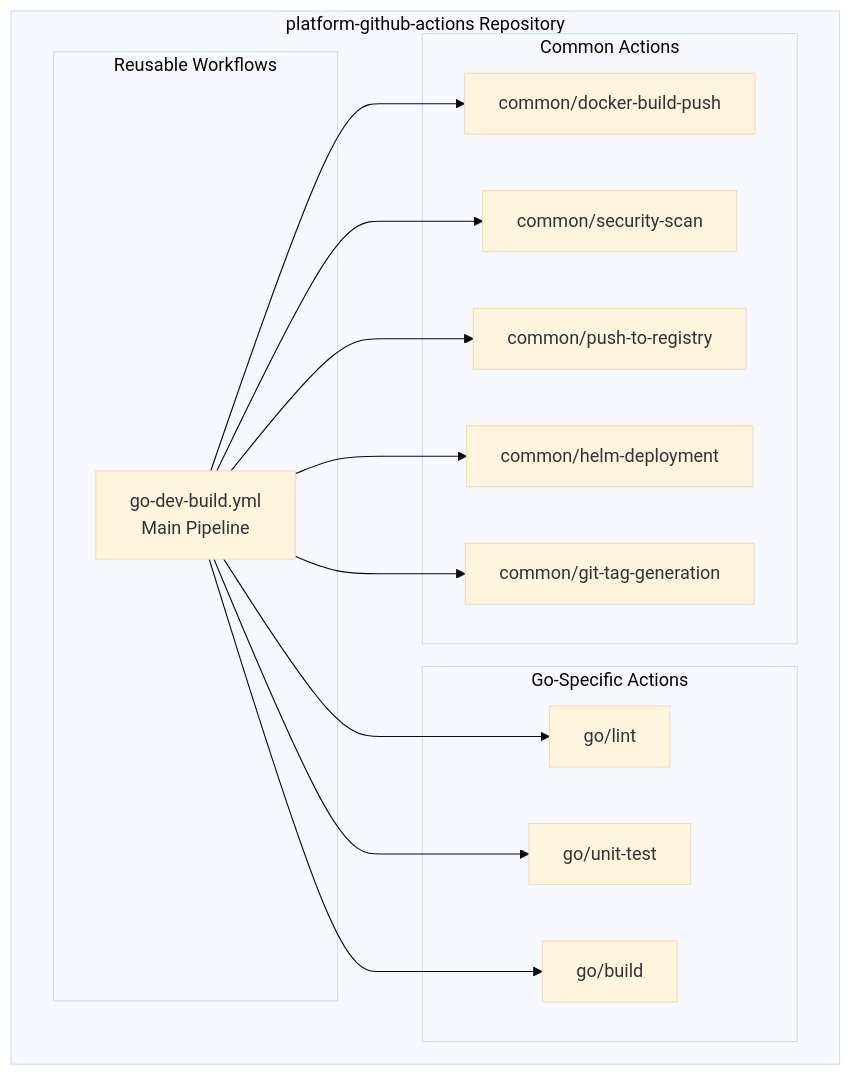
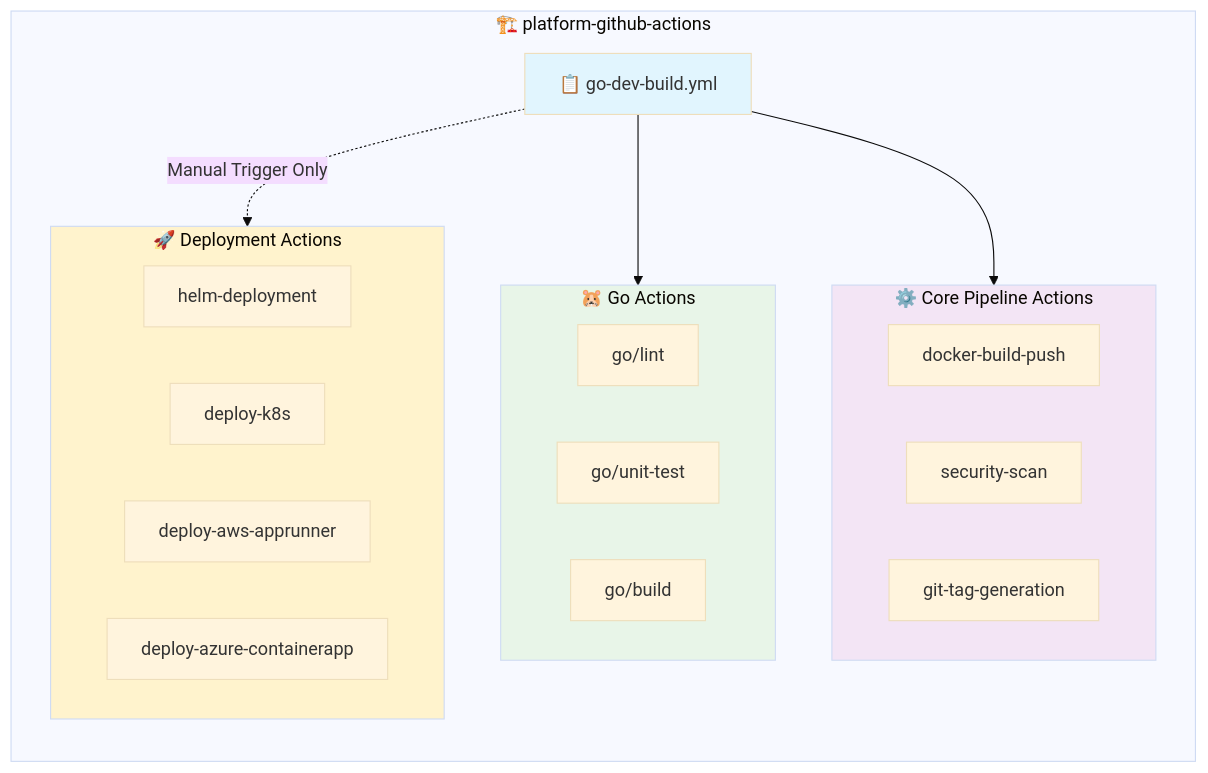
The third of 7 diagrams in FLOW.md (altimetrik-digital-enablement-demo-hub/platform-github-actions), drawn with Mermaid (base theme) before and after one commit.

Commit message:
fix: changing dir names

````diff
--- a/FLOW.md
+++ b/FLOW.md
@@ -79,31 +79,34 @@
 ```mermaid
-graph TB
-    subgraph "platform-github-actions Repository"
-        subgraph "Reusable Workflows"
-            MAIN_WF["go-dev-build.yml<br/>Main Pipeline"]
-        end
+flowchart LR
+    subgraph REPO["🏗️ platform-github-actions"]
+        WORKFLOW["📋 go-dev-build.yml"]
         
-        subgraph "Go-Specific Actions"
+        subgraph GO["🐹 Go Actions"]
             LINT["go/lint"]
-            TEST["go/unit-test"]
+            TEST["go/unit-test"] 
             BUILD["go/build"]
         end
         
-        subgraph "Common Actions"
-            PACKAGE["common/docker-build-push"]
-            SECURITY["common/security-scan"]
-            PUSH_REGISTRY["common/push-to-registry"]
-            HELM_DEPLOY["common/helm-deployment"]
-            SETUP_TAG["common/git-tag-generation"]
+        subgraph CORE["⚙️ Core Pipeline Actions"]
+            PACKAGE["docker-build-push"]
+            SECURITY["security-scan"]
+            TAG["git-tag-generation"]
+        end
+        
+        subgraph DEPLOY["🚀 Deployment Actions"]
+            HELM["helm-deployment"]
+            K8S["deploy-k8s"]
+            AWS["deploy-aws-apprunner"]
+            AZURE["deploy-azure-containerapp"]
         end
     end
     
-    MAIN_WF --> LINT
-    MAIN_WF --> TEST
-    MAIN_WF --> BUILD
-    MAIN_WF --> PACKAGE
-    MAIN_WF --> SECURITY
-    MAIN_WF --> PUSH_REGISTRY
-    MAIN_WF --> HELM_DEPLOY
-    MAIN_WF --> SETUP_TAG
+    WORKFLOW --> GO
+    WORKFLOW --> CORE
+    WORKFLOW -.->|"Manual Trigger Only"| DEPLOY
+    
+    style WORKFLOW fill:#e1f5fe
+    style GO fill:#e8f5e8
+    style CORE fill:#f3e5f5
+    style DEPLOY fill:#fff3cd
 ```
````
